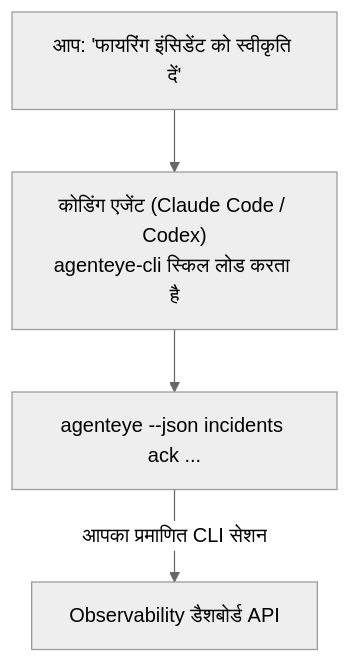
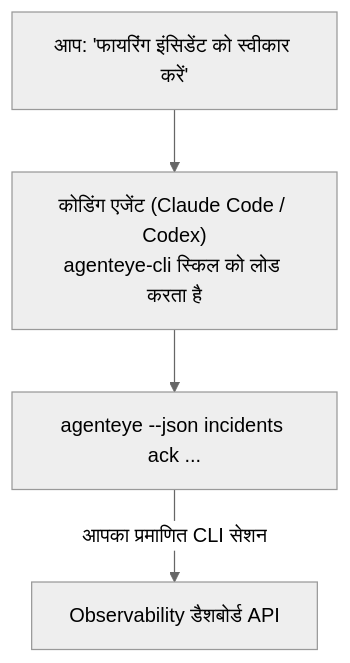
One commit to FailproofAI/failproofai changed the diagram in docs/hi/agenteye/cli-skill.mdx. Above: the diagram before and after it, drawn with Mermaid (neutral theme). The commit also changed other lines of this file and 678 other files, not shown here.

````diff
--- a/docs/hi/agenteye/cli-skill.mdx
+++ b/docs/hi/agenteye/cli-skill.mdx
@@ -28,6 +29,6 @@
 ```mermaid
 flowchart TD
-    YOU["आप: 'फायरिंग इंसिडेंट को स्वीकृति दें'"] --> AGENT["कोडिंग एजेंट (Claude Code / Codex)<br/>agenteye-cli स्किल लोड करता है"]
+    YOU["आप: 'फायरिंग इंसिडेंट को स्वीकार करें'"] --> AGENT["कोडिंग एजेंट (Claude Code / Codex)<br/>agenteye-cli स्किल को लोड करता है"]
     AGENT --> CLI["agenteye --json incidents ack ..."]
     CLI -->|आपका प्रमाणित CLI सेशन| API["Observability डैशबोर्ड API"]
 ```
````
